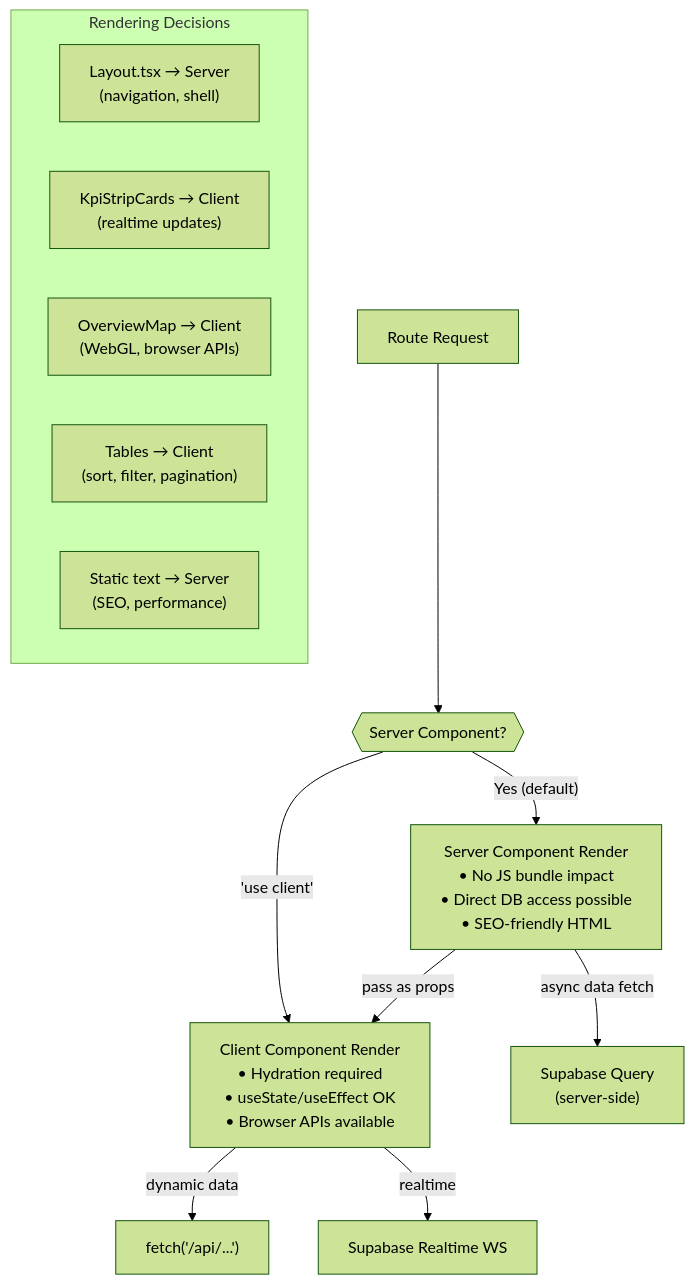
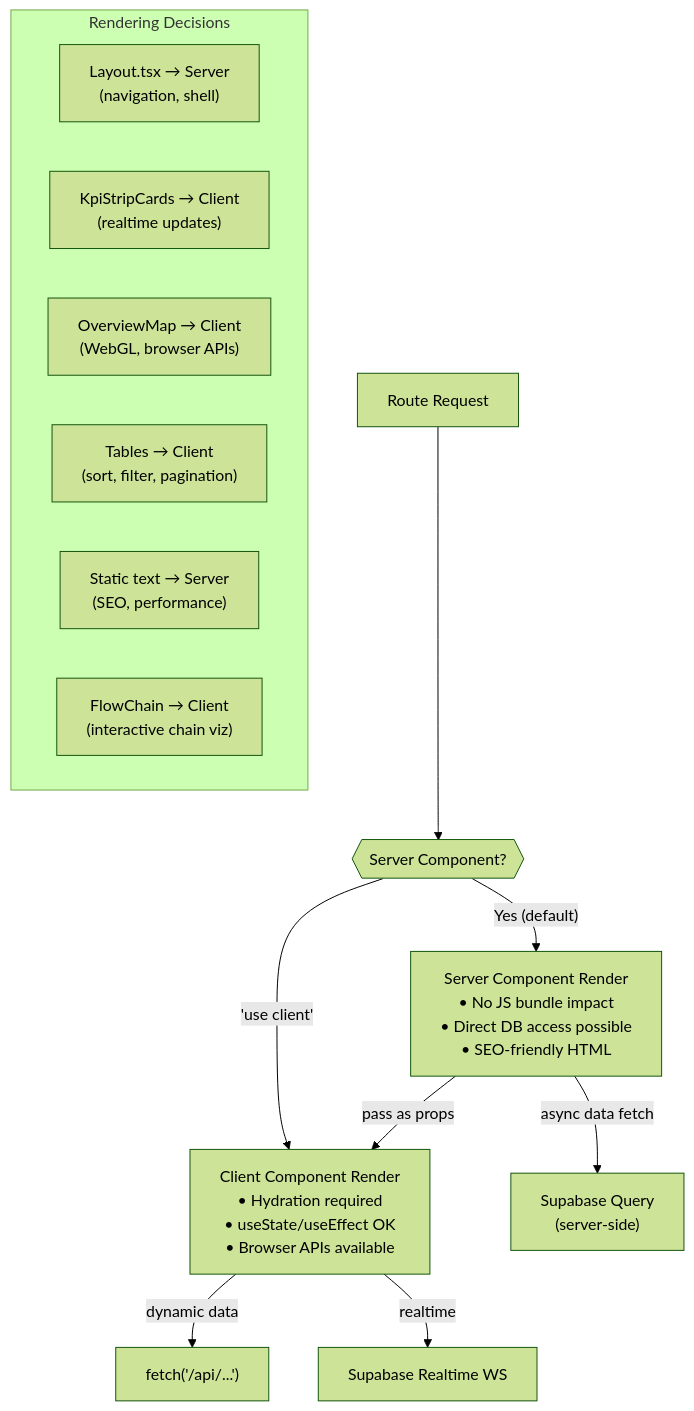
Diagram 16 of 19 in apps/logistics-dashboard/docs/SYSTEM-ARCHITECTURE.md (macho715/logi_hvdc_dash), drawn with Mermaid (forest theme) before and after one commit. The commit also changed other lines of this file and 80 other files, not shown here.

````diff
--- a/apps/logistics-dashboard/docs/SYSTEM-ARCHITECTURE.md
+++ b/apps/logistics-dashboard/docs/SYSTEM-ARCHITECTURE.md
@@ -585,22 +706,23 @@
 ```mermaid
 flowchart TD
     Route["Route Request"] --> RSC{{"Server Component?"}}
 
     RSC -->|"Yes (default)"| Server["Server Component Render<br/>• No JS bundle impact<br/>• Direct DB access possible<br/>• SEO-friendly HTML"]
 
     RSC -->|"'use client'"| Client["Client Component Render<br/>• Hydration required<br/>• useState/useEffect OK<br/>• Browser APIs available"]
 
-    Server -->|"async data fetch"| Supabase["Supabase Query<br/>(server-side)"]
+    Server -->|"async data fetch"| Supabase["Supabase Query\n(server-side)"]
     Server -->|"pass as props"| Client
 
     Client -->|"dynamic data"| APIFetch["fetch('/api/...')"]
     Client -->|"realtime"| WebSocket["Supabase Realtime WS"]
 
     subgraph Strategy["Rendering Decisions"]
-        S1["Layout.tsx → Server<br/>(navigation, shell)"]
-        S2["KpiStripCards → Client<br/>(realtime updates)"]
-        S3["OverviewMap → Client<br/>(WebGL, browser APIs)"]
-        S4["Tables → Client<br/>(sort, filter, pagination)"]
-        S5["Static text → Server<br/>(SEO, performance)"]
+        S1["Layout.tsx → Server\n(navigation, shell)"]
+        S2["KpiStripCards → Client\n(realtime updates)"]
+        S3["OverviewMap → Client\n(WebGL, browser APIs)"]
+        S4["Tables → Client\n(sort, filter, pagination)"]
+        S5["Static text → Server\n(SEO, performance)"]
+        S6["FlowChain → Client\n(interactive chain viz)"]
     end
 ```
````
